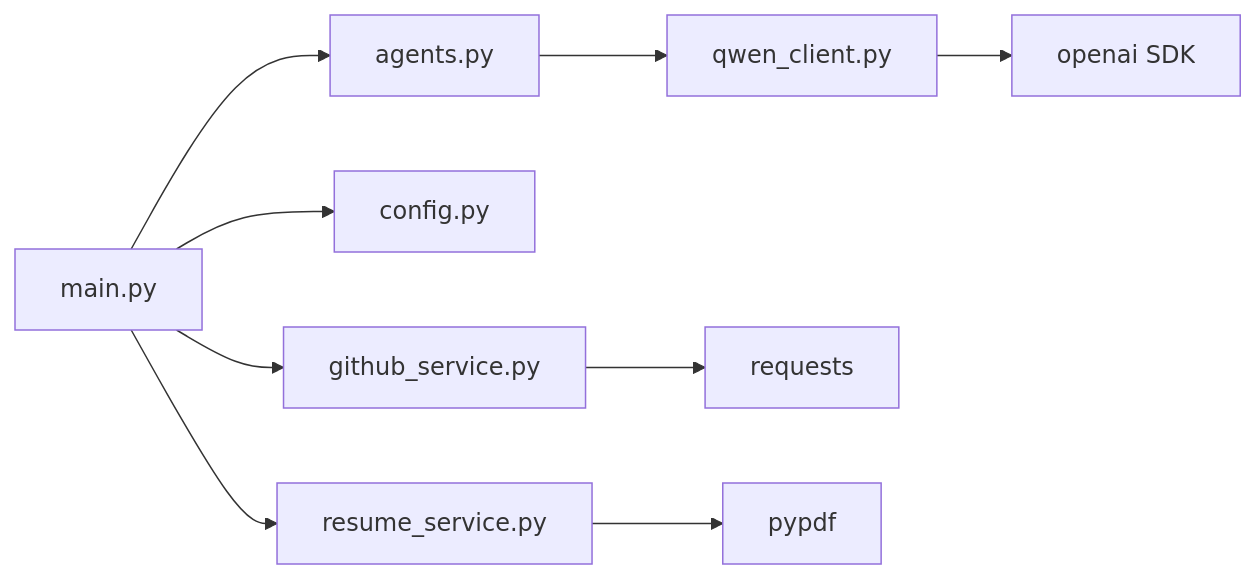
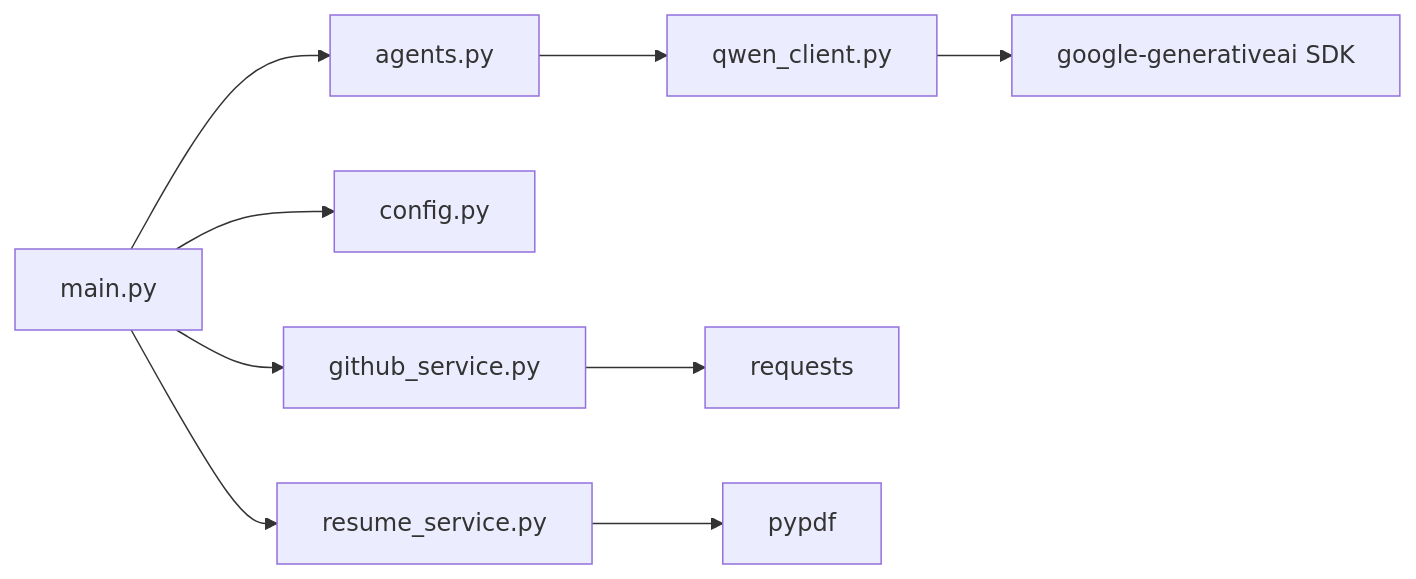
One commit to waqarimran342/CareerOS-AI changed the eighth of 8 diagrams in .qoder/repowiki/en/content/Troubleshooting Guide/Troubleshooting Guide.md. Above: the diagram before and after it, drawn with Mermaid. The commit also changed other lines of this file and 32 other files, not shown here.

````diff
--- a/.qoder/repowiki/en/content/Troubleshooting Guide/Troubleshooting Guide.md
+++ b/.qoder/repowiki/en/content/Troubleshooting Guide/Troubleshooting Guide.md
@@ -307,11 +318,11 @@
 ```mermaid
 graph LR
 Main["main.py"] --> Agents["agents.py"]
 Main --> Config["config.py"]
 Main --> Resume["resume_service.py"]
 Main --> GitHub["github_service.py"]
-Agents --> Qwen["qwen_client.py"]
-Qwen --> OpenAI["openai SDK"]
+Agents --> Gemini["qwen_client.py"]
+Gemini --> GoogleGenAI["google-generativeai SDK"]
 GitHub --> Requests["requests"]
 Resume --> PyPDF["pypdf"]
 ```
````
